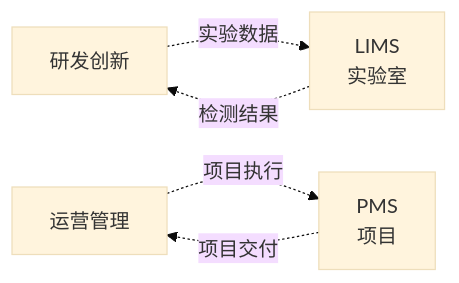
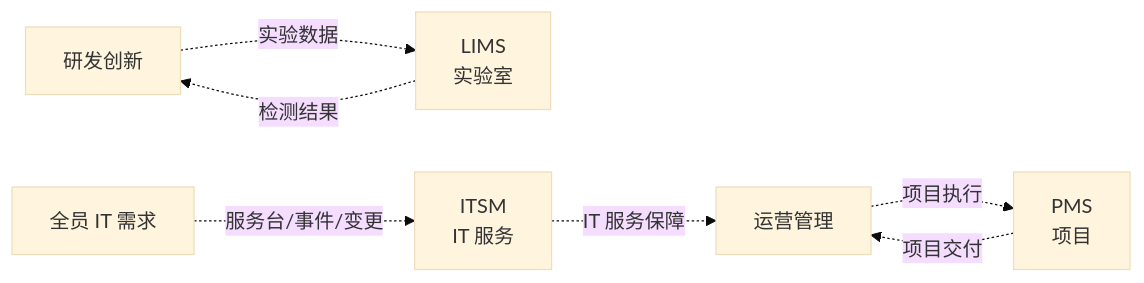
The diagram in 10.business-systems/06-specialized/README.md (wb04307201/note), drawn with Mermaid (base theme) before and after one commit. The commit also changed other lines of this file and 22 other files, not shown here.

````diff
--- a/10.business-systems/06-specialized/README.md
+++ b/10.business-systems/06-specialized/README.md
@@ -17,7 +18,9 @@
 ```mermaid
 flowchart LR
     A[研发创新] -.实验数据.-> B[LIMS<br/>实验室]
     C[运营管理] -.项目执行.-> D[PMS<br/>项目]
+    E[全员 IT 需求] -.服务台/事件/变更.-> F[ITSM<br/>IT 服务]
     B -.检测结果.-> A
     D -.项目交付.-> C
+    F -.IT 服务保障.-> C
 ```
````
